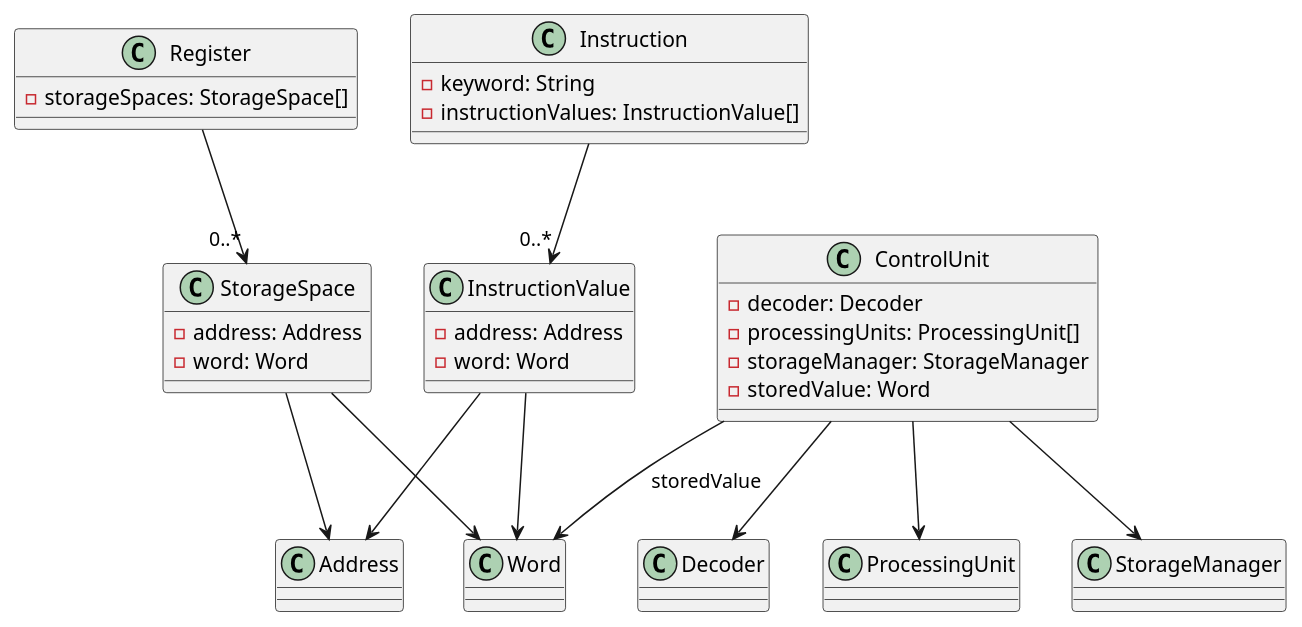
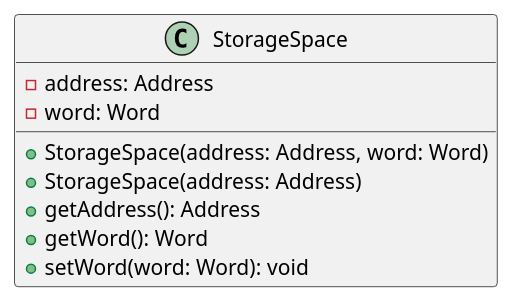
One commit to Marc738/ase-cpu-sim changed the diagram in doc/clean-dhbw/assets/svg/entitiesUML.puml. Above: the diagram before and after it, drawn with PlantUML. The commit also changed 17 other files, not shown here.

```diff
--- a/doc/clean-dhbw/assets/svg/entitiesUML.puml
+++ b/doc/clean-dhbw/assets/svg/entitiesUML.puml
@@ -1,40 +1,13 @@
 @startuml Entities
 
-class Instruction {
-  - keyword: String
-  - instructionValues: InstructionValue[]
+class StorageSpace {
+    - address: Address
+    - word: Word
+    + StorageSpace(address: Address, word: Word)
+    + StorageSpace(address: Address)
+    + getAddress(): Address
+    + getWord(): Word
+    + setWord(word: Word): void
 }
 
-class InstructionValue {
-  - address: Address
-  - word: Word
-}
-
-class StorageSpace {
-  - address: Address
-  - word: Word
-}
-
-class Register {
-  - storageSpaces: StorageSpace[]
-}
-
-class ControlUnit {
-  - decoder: Decoder
-  - processingUnits: ProcessingUnit[]
-  - storageManager: StorageManager
-  - storedValue: Word
-}
-
-Instruction --> "0..*" InstructionValue
-InstructionValue --> Address
-InstructionValue --> Word
-Register --> "0..*" StorageSpace
-StorageSpace --> Address
-StorageSpace --> Word
-ControlUnit --> Decoder
-ControlUnit --> ProcessingUnit
-ControlUnit --> StorageManager
-ControlUnit --> Word : storedValue
-
 @enduml
```
